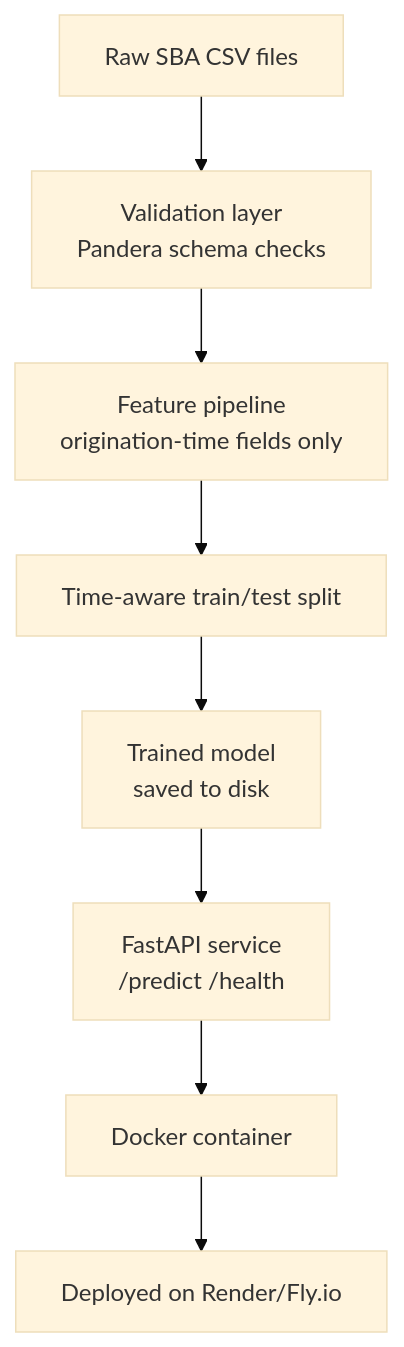
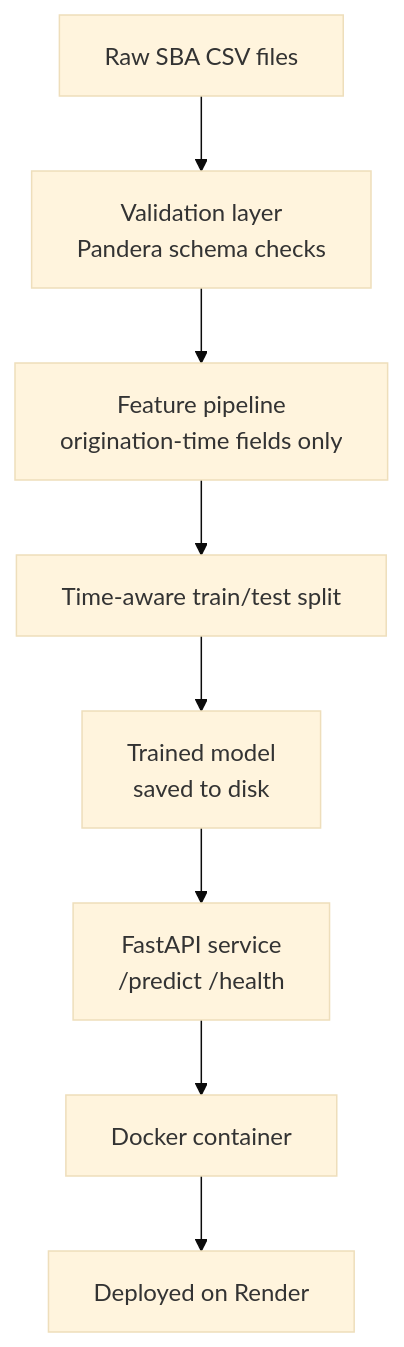
Before and after one commit to TheOnlyUnknown/SBA-Loan-Risk: the diagram in README.md, drawn with Mermaid (base theme). The commit also changed other lines of this file, not shown here.

````diff
--- a/README.md
+++ b/README.md
@@ -18,10 +18,10 @@
 ```mermaid
 flowchart TD
     A[Raw SBA CSV files] --> B[Validation layer<br/>Pandera schema checks]
     B --> C[Feature pipeline<br/>origination-time fields only]
     C --> D[Time-aware train/test split]
     D --> E[Trained model<br/>saved to disk]
     E --> F[FastAPI service<br/>/predict /health]
     F --> G[Docker container]
-    G --> H[Deployed on Render/Fly.io]
+    G --> H[Deployed on Render]
 ```
````
